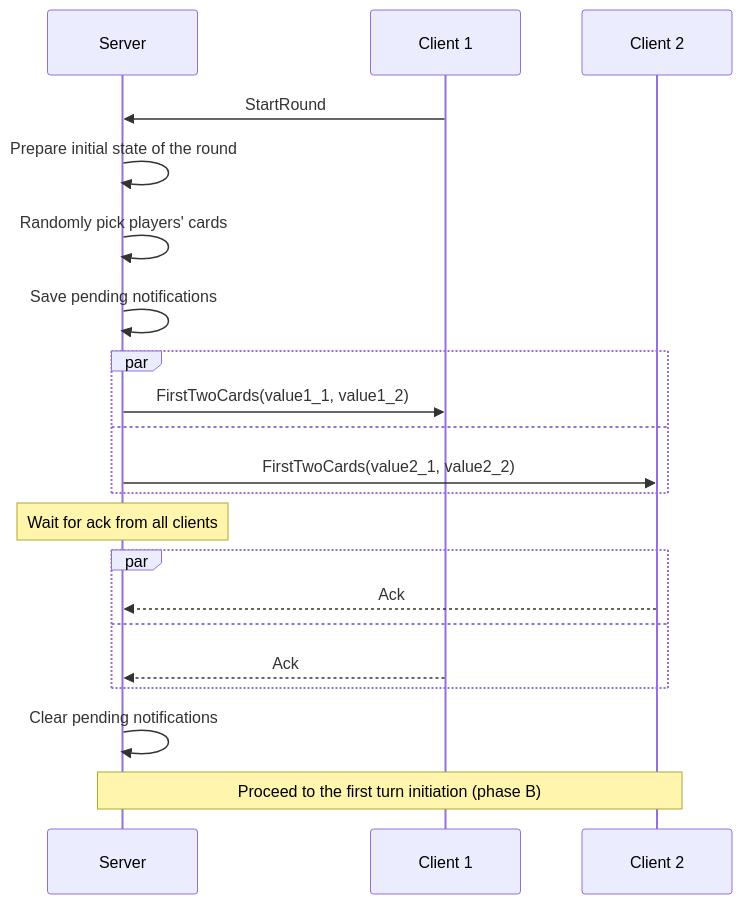
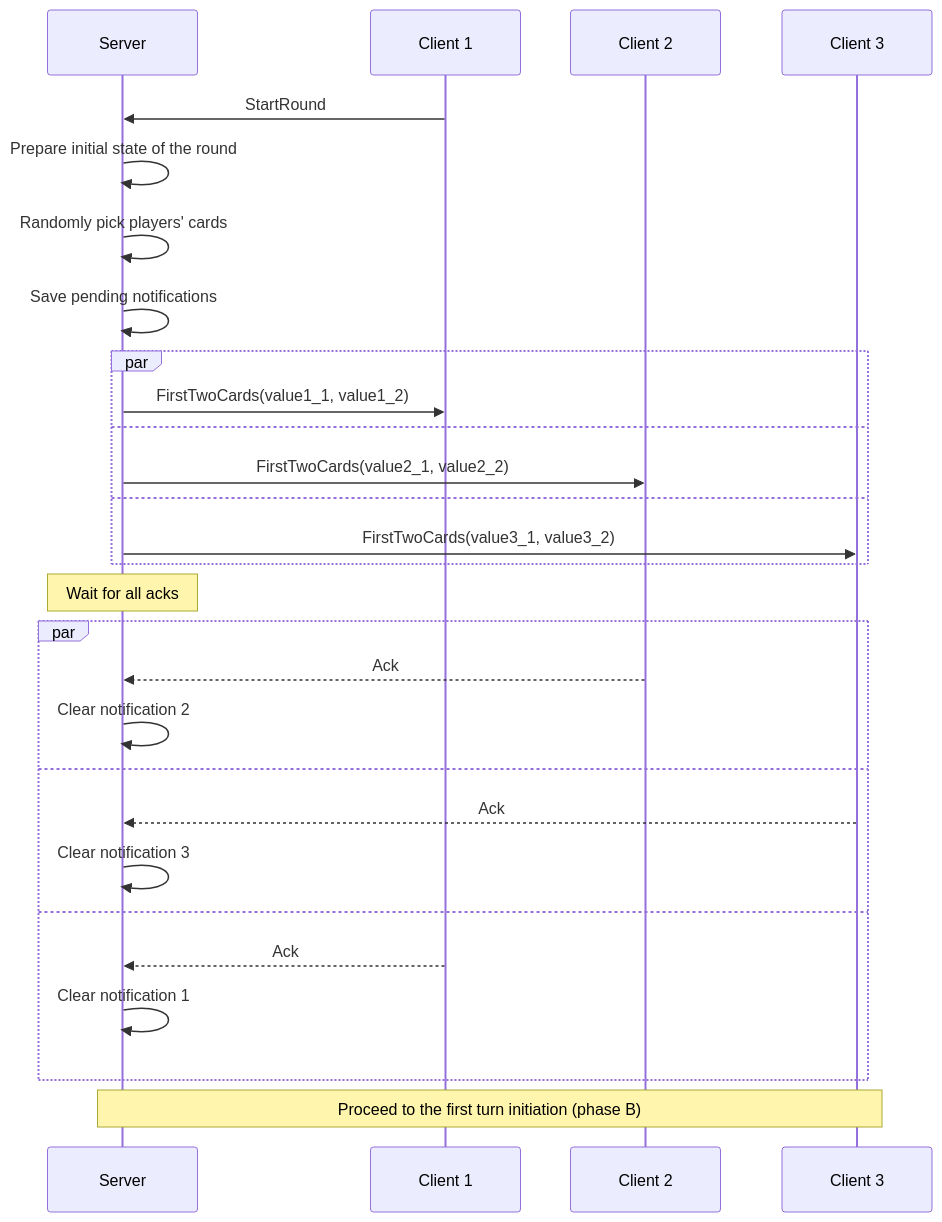
Before and after one commit to roman-zubarevich/another: the second of 15 diagrams in README.md, drawn with Mermaid. The commit also changed other lines of this file, not shown here.

````diff
--- a/README.md
+++ b/README.md
@@ -39,23 +39,30 @@
 ```mermaid
 sequenceDiagram
     participant S as Server
     participant C1 as Client 1
     participant C2 as Client 2
+    participant C3 as Client 3
     C1->>S: StartRound
     S->>S: Prepare initial state of the round
     S->>S: Randomly pick players' cards
     S->>S: Save pending notifications
     par
         S->>C1: FirstTwoCards(value1_1, value1_2)
     and
         S->>C2: FirstTwoCards(value2_1, value2_2)
+    and
+        S->>C3: FirstTwoCards(value3_1, value3_2)
     end
-    Note over S: Wait for ack from all clients
+    Note over S: Wait for all acks
     par
         C2-->>S: Ack
+        S->>S: Clear notification 2
+    and
+        C3-->>S: Ack
+        S->>S: Clear notification 3
     and
         C1-->>S: Ack
+        S->>S: Clear notification 1
     end
-    S->>S: Clear pending notifications
-    Note over S,C2: Proceed to the first turn initiation (phase B)
+    Note over S,C3: Proceed to the first turn initiation (phase B)
 ```
````
